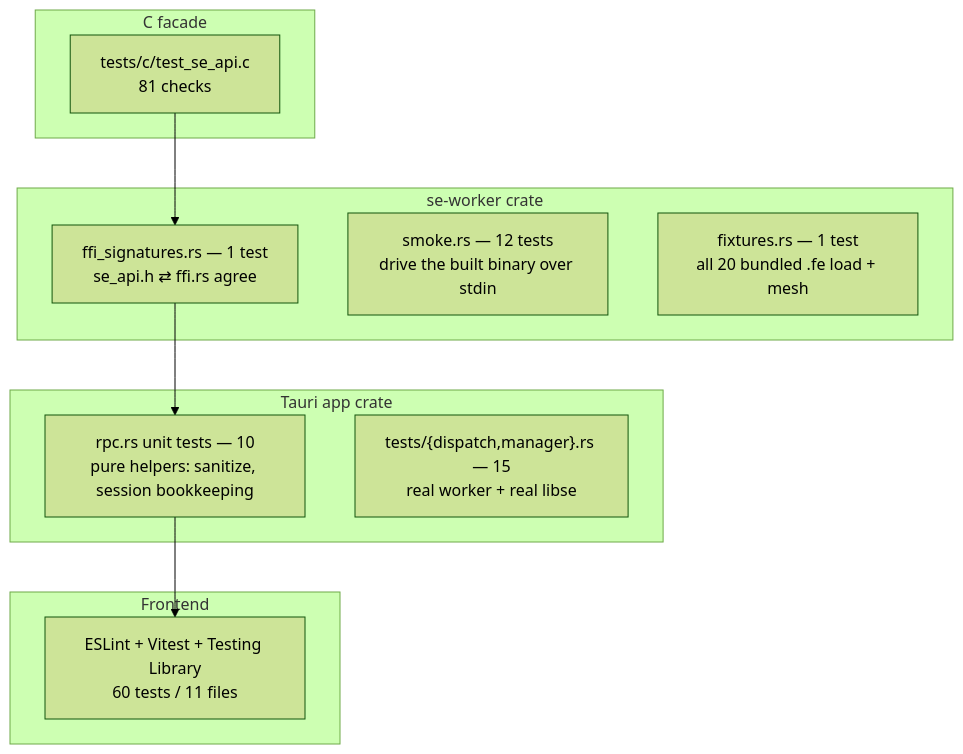
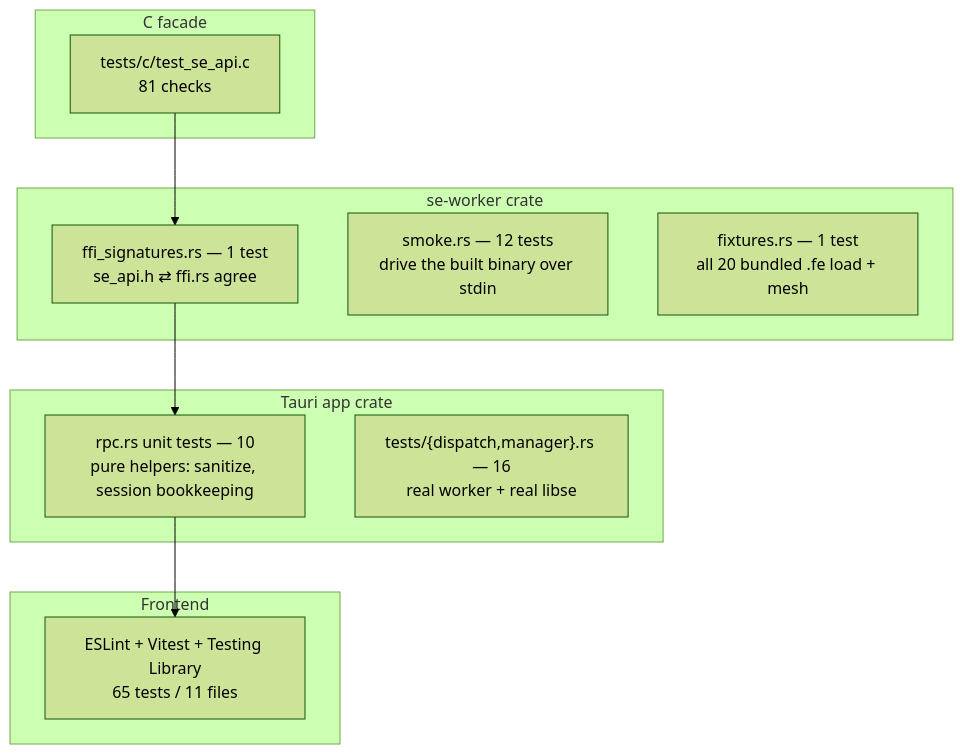
Before and after one commit to sersergious/surface-evolver: the fifth of 6 diagrams in ARCHITECTURE.md, drawn with Mermaid (forest theme). The commit also changed other lines of this file and 19 other files, not shown here.

````diff
--- a/ARCHITECTURE.md
+++ b/ARCHITECTURE.md
@@ -267,19 +267,19 @@
 ```mermaid
 flowchart TB
     subgraph C["C facade"]
         CT["tests/c/test_se_api.c<br/>81 checks"]
     end
     subgraph Worker["se-worker crate"]
         WF["ffi_signatures.rs — 1 test<br/>se_api.h ⇄ ffi.rs agree"]
         WS["smoke.rs — 12 tests<br/>drive the built binary over stdin"]
         WX["fixtures.rs — 1 test<br/>all 20 bundled .fe load + mesh"]
     end
     subgraph App["Tauri app crate"]
         AU["rpc.rs unit tests — 10<br/>pure helpers: sanitize, session bookkeeping"]
-        AI["tests/{dispatch,manager}.rs — 15<br/>real worker + real libse"]
+        AI["tests/{dispatch,manager}.rs — 16<br/>real worker + real libse"]
     end
     subgraph FE["Frontend"]
-        FT["ESLint + Vitest + Testing Library<br/>60 tests / 11 files"]
+        FT["ESLint + Vitest + Testing Library<br/>65 tests / 11 files"]
     end
     CT --> WF --> AU --> FT
 ```
````
